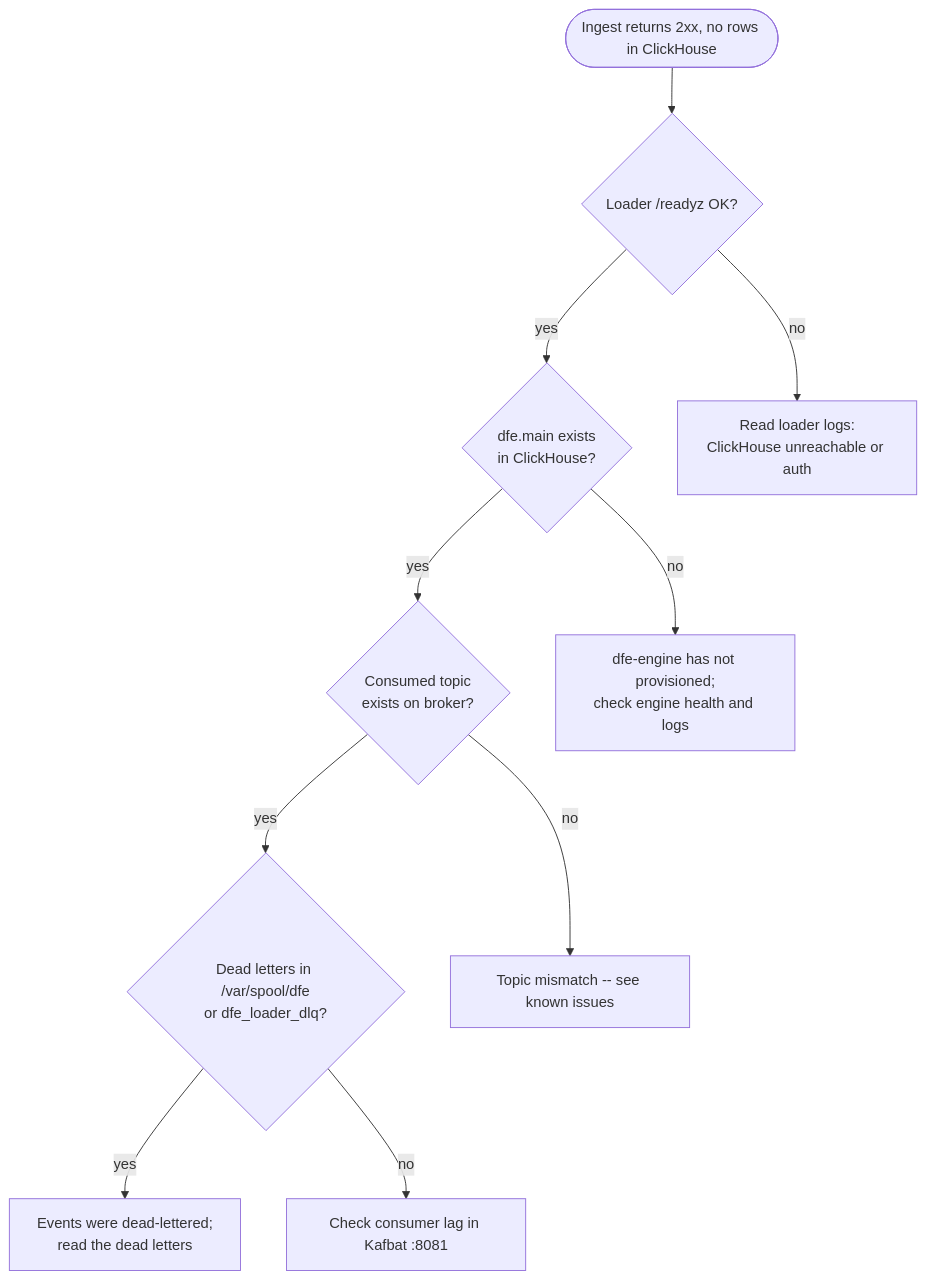
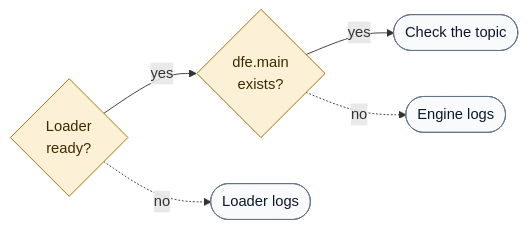
One commit to hyperi-io/dfe-docker changed the first of 2 diagrams in docs/troubleshooting.md. Above: the diagram before and after it, drawn with Mermaid. The commit also changed other lines of this file and 28 other files, not shown here.

First line of the commit message:
docs(docker): fix claims and redraw diagrams

````diff
--- a/docs/troubleshooting.md
+++ b/docs/troubleshooting.md
@@ -58,18 +60,20 @@
 ```mermaid
-flowchart TD
-    start(["Ingest returns 2xx, no rows in ClickHouse"])
-    loader{"Loader /readyz OK?"}
-    schema{"dfe.main exists<br/>in ClickHouse?"}
-    topic{"Consumed topic<br/>exists on broker?"}
-    dlq{"Dead letters in /var/spool/dfe<br/>or dfe_loader_dlq?"}
+flowchart LR
+    accTitle: L4 Detail -- Loader and schema checks
+    accDescr: First check that the loader is ready, then that dfe.main exists. A no on either names the logs to read. Two yeses move on to the topic and dead-letter checks.
 
-    start --> loader
-    loader -->|no| fixloader["Read loader logs:<br/>ClickHouse unreachable or auth"]
-    loader -->|yes| schema
-    schema -->|no| fixschema["dfe-engine has not provisioned;<br/>check engine health and logs"]
-    schema -->|yes| topic
-    topic -->|no| fixtopic["Topic mismatch -- see known issues"]
-    topic -->|yes| dlq
-    dlq -->|yes| fixdlq["Events were dead-lettered;<br/>read the dead letters"]
-    dlq -->|no| lag["Check consumer lag in Kafbat :8081"]
+    ready{"Loader<br/>ready?"}
+    schema{"dfe.main<br/>exists?"}
+    fixready(["Loader logs"])
+    fixschema(["Engine logs"])
+    next(["Check the topic"])
+
+    ready -->|yes| schema
+    ready -.->|no| fixready
+    schema -->|yes| next
+    schema -.->|no| fixschema
+
+    classDef default fill:#F8FAFC,stroke:#64748B,stroke-width:1px,color:#0F172A
+    classDef decision fill:#FCF1D6,stroke:#9A6700,stroke-width:1px,color:#3D2A00
+    class ready,schema decision
 ```
````
